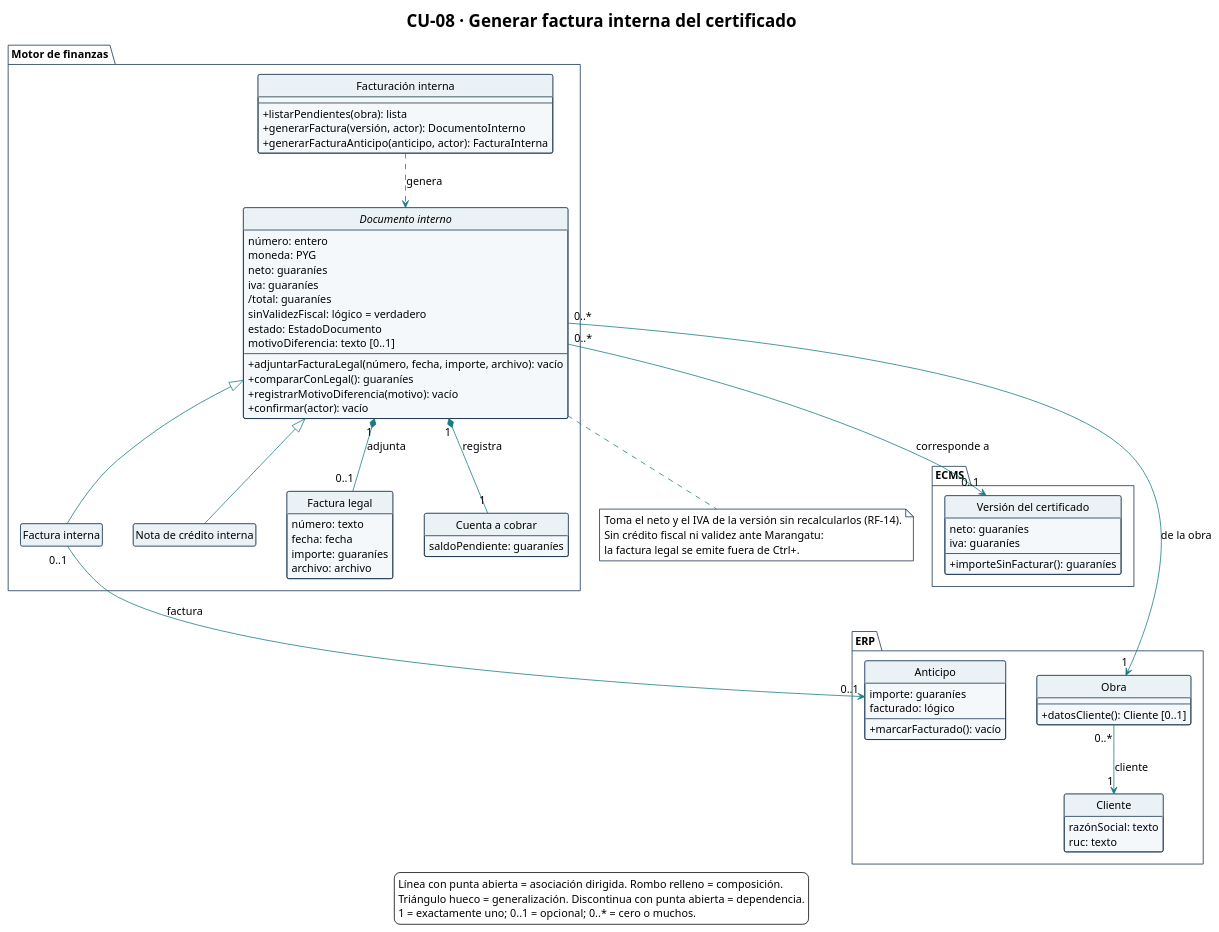
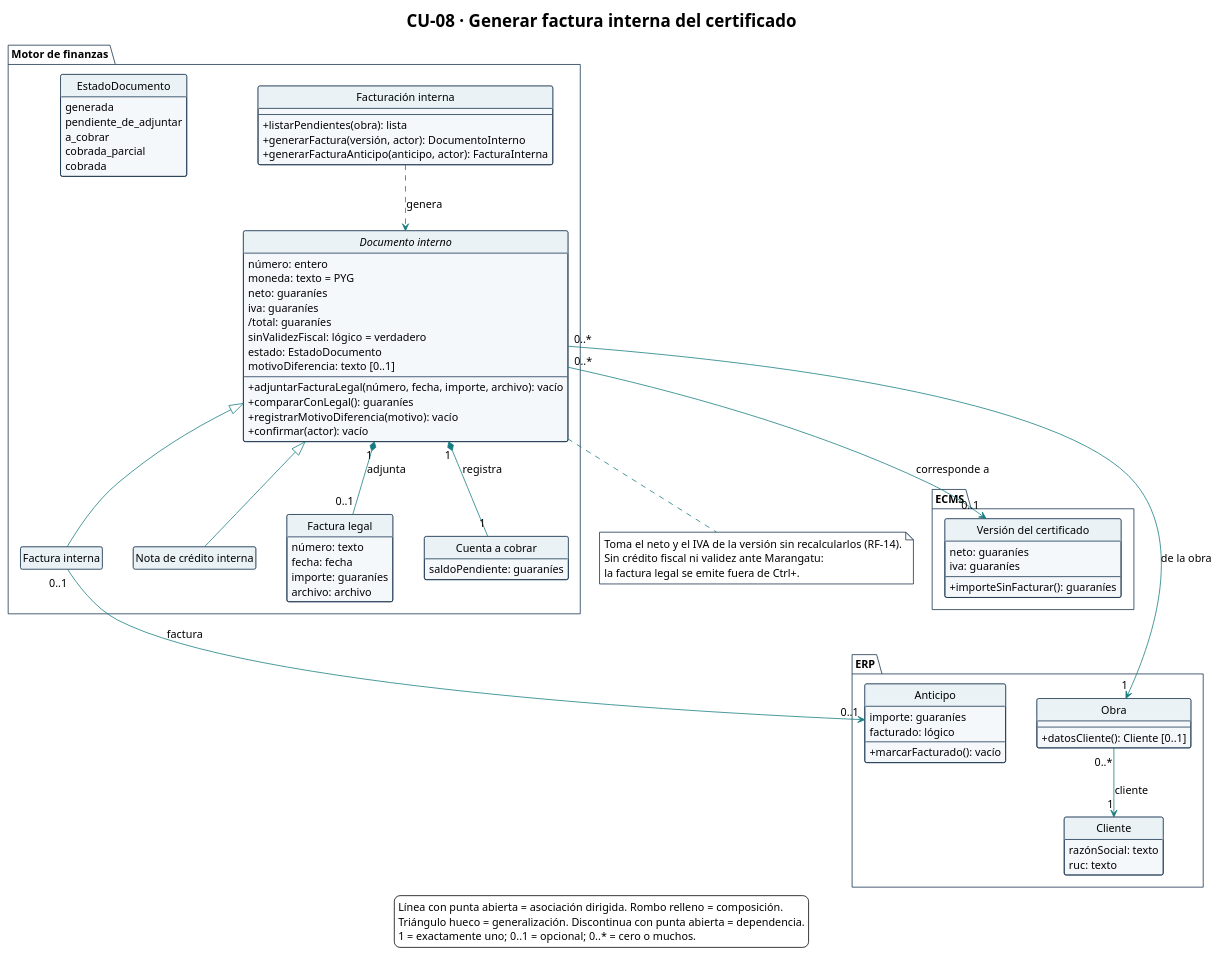
One commit to Ssrrb/tpf-uca changed the diagram in diagramas/CU-08-clases.puml. Above: the diagram before and after it, drawn with PlantUML. The commit also changed 13 other files, not shown here.

```diff
--- a/diagramas/CU-08-clases.puml
+++ b/diagramas/CU-08-clases.puml
@@ -1,116 +1,124 @@
 @startuml
 !theme plain
 skinparam style strictuml
 title CU-08 · Generar factura interna del certificado
 hide circle
 hide empty methods
 hide empty fields
 skinparam shadowing false
 skinparam classAttributeIconSize 0
 skinparam defaultFontName Arial
 skinparam defaultFontSize 14
 skinparam nodesep 40
 skinparam ranksep 50
 skinparam ArrowColor #167C80
 skinparam class {
   BackgroundColor #F5F8FA
   BorderColor #17324D
   HeaderBackgroundColor #EAF2F6
 }
 skinparam package {
   BackgroundColor #FFFFFF
   BorderColor #17324D
 }
 skinparam note {
   BackgroundColor #FFFFFF
   BorderColor #17324D
 }
 package "Motor de finanzas" {
   class "Facturación interna" as Facturacion {
     --
     + listarPendientes(obra): lista
     + generarFactura(versión, actor): DocumentoInterno
     + generarFacturaAnticipo(anticipo, actor): FacturaInterna
   }
 
+  enum EstadoDocumento {
+    generada
+    pendiente_de_adjuntar
+    a_cobrar
+    cobrada_parcial
+    cobrada
+  }
+
   abstract class "Documento interno" as DocumentoInterno {
     número: entero
-    moneda: PYG
+    moneda: texto = PYG
     neto: guaraníes
     iva: guaraníes
     /total: guaraníes
     sinValidezFiscal: lógico = verdadero
     estado: EstadoDocumento
     motivoDiferencia: texto [0..1]
     --
     + adjuntarFacturaLegal(número, fecha, importe, archivo): vacío
     + compararConLegal(): guaraníes
     + registrarMotivoDiferencia(motivo): vacío
     + confirmar(actor): vacío
   }
 
   class "Factura interna" as FacturaInterna
   class "Nota de crédito interna" as NotaCreditoInterna
 
   class "Factura legal" as FacturaLegal {
     número: texto
     fecha: fecha
     importe: guaraníes
     archivo: archivo
   }
 
   class "Cuenta a cobrar" as CuentaACobrar {
     saldoPendiente: guaraníes
   }
 }
 
 package "ECMS" {
   class "Versión del certificado" as VersionCertificado {
     neto: guaraníes
     iva: guaraníes
     --
     + importeSinFacturar(): guaraníes
   }
 }
 
 package "ERP" {
   class Obra {
     --
     + datosCliente(): Cliente [0..1]
   }
 
   class Anticipo {
     importe: guaraníes
     facturado: lógico
     --
     + marcarFacturado(): vacío
   }
 
   class Cliente {
     razónSocial: texto
     ruc: texto
   }
 }
 
 DocumentoInterno <|-- FacturaInterna
 DocumentoInterno <|-- NotaCreditoInterna
 DocumentoInterno "0..*" --> "0..1" VersionCertificado : corresponde a
 FacturaInterna "0..1" --> "0..1" Anticipo : factura
 DocumentoInterno "1" *-- "0..1" FacturaLegal : adjunta
 DocumentoInterno "1" *-- "1" CuentaACobrar : registra
 DocumentoInterno "0..*" --> "1" Obra : de la obra
 Obra "0..*" --> "1" Cliente : cliente
 Facturacion ..> DocumentoInterno : genera
 
 note bottom of DocumentoInterno
   Toma el neto y el IVA de la versión sin recalcularlos (RF-14).
   Sin crédito fiscal ni validez ante Marangatu:
   la factura legal se emite fuera de Ctrl+.
 end note
 
 legend bottom
   Línea con punta abierta = asociación dirigida. Rombo relleno = composición.
   Triángulo hueco = generalización. Discontinua con punta abierta = dependencia.
   1 = exactamente uno; 0..1 = opcional; 0..* = cero o muchos.
 endlegend
 @enduml
```
